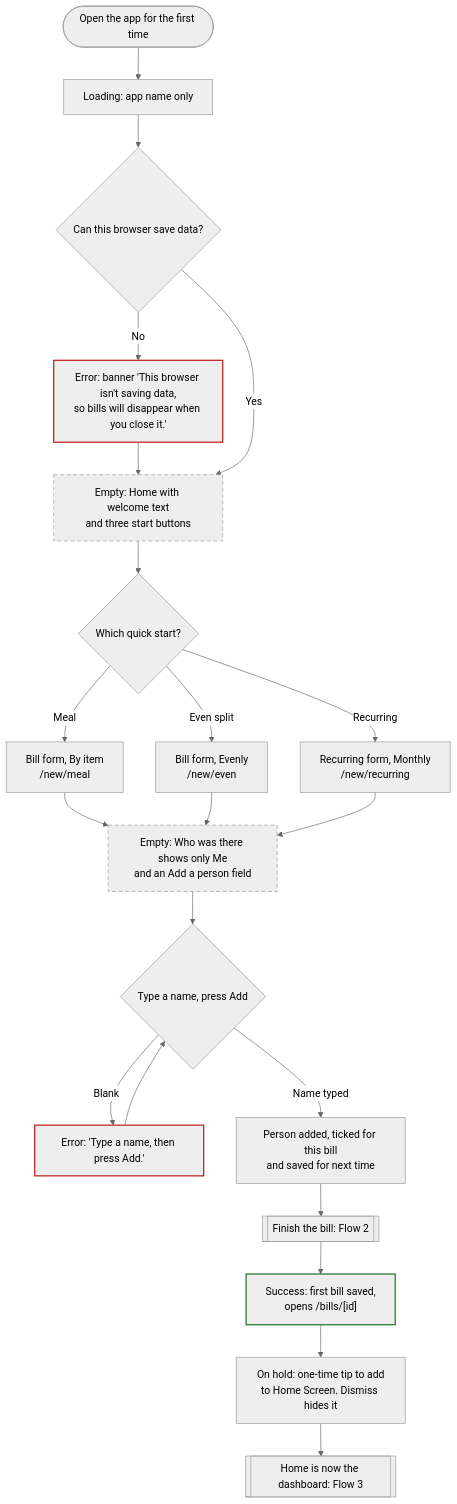
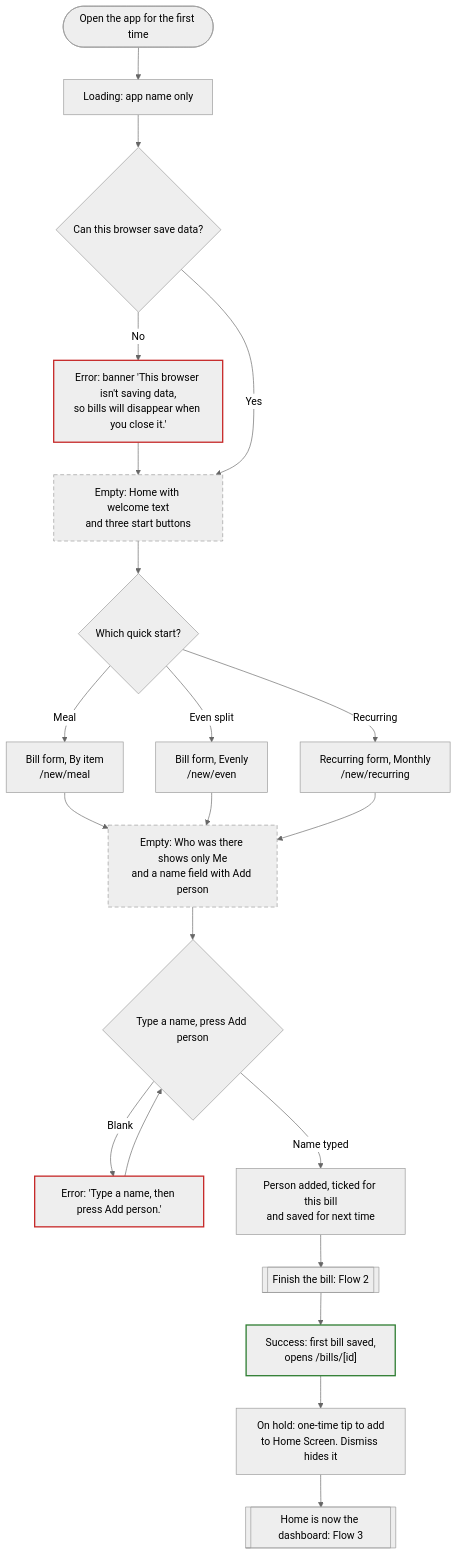
The first of 3 diagrams in README.md (quincyleung/bill-splitter), drawn with Mermaid (neutral theme) before and after one commit. The commit also changed 9 other files, not shown here.

Commit message:
Name first, Add person beside its input, item name before price, no question marks

````diff
--- a/README.md
+++ b/README.md
@@ -13,30 +13,30 @@
 ```mermaid
 flowchart TD
   start(["Open the app for the first time"]) --> loading["Loading: app name only"]
   loading --> canSave{"Can this browser save data?"}
   canSave -->|No| errStorage["Error: banner 'This browser isn't saving data,<br/>so bills will disappear when you close it.'"]
   errStorage --> welcome
   canSave -->|Yes| welcome["Empty: Home with welcome text<br/>and three start buttons"]
   welcome --> mode{"Which quick start?"}
   mode -->|Meal| meal["Bill form, By item<br/>/new/meal"]
   mode -->|Even split| even["Bill form, Evenly<br/>/new/even"]
   mode -->|Recurring| rec["Recurring form, Monthly<br/>/new/recurring"]
   meal --> noPeople
   even --> noPeople
   rec --> noPeople
-  noPeople["Empty: Who was there shows only Me<br/>and an Add a person field"] --> addName{"Type a name, press Add"}
-  addName -->|Blank| errName["Error: 'Type a name, then press Add.'"]
+  noPeople["Empty: Who was there shows only Me<br/>and a name field with Add person"] --> addName{"Type a name, press Add person"}
+  addName -->|Blank| errName["Error: 'Type a name, then press Add person.'"]
   errName --> addName
   addName -->|Name typed| savedPerson["Person added, ticked for this bill<br/>and saved for next time"]
   savedPerson --> mainTask[["Finish the bill: Flow 2"]]
   mainTask --> firstBill["Success: first bill saved,<br/>opens /bills/[id]"]
   firstBill --> homeTip["On hold: one-time tip to add<br/>to Home Screen. Dismiss hides it"]
   homeTip --> dashboard[["Home is now the dashboard: Flow 3"]]
 
   classDef error stroke:#c62828,stroke-width:2px
   classDef empty stroke-dasharray:6 4
   classDef success stroke:#2e7d32,stroke-width:2px
   class errStorage,errName error
   class welcome,noPeople empty
   class firstBill success
 ```
````
